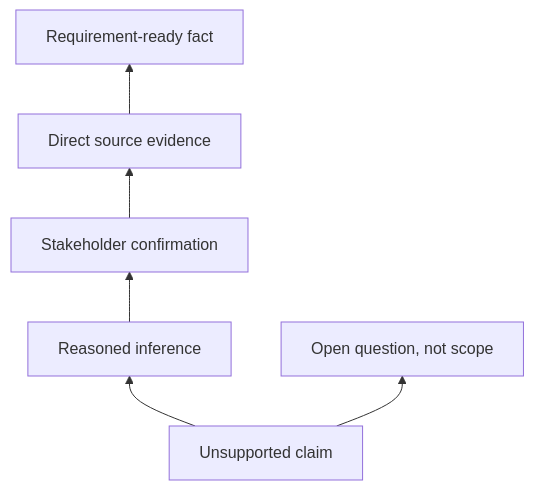
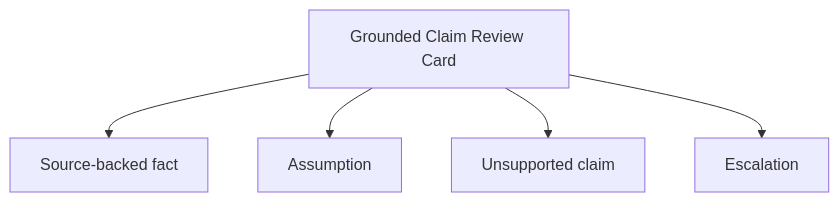
One commit to anhtnt90dev/ai-for-ba changed the second of 2 diagrams in docs/en/lessons/hallucination-and-source-grounding/index.md. Above: the diagram before and after it, drawn with Mermaid. The commit also changed other lines of this file and 40 other files, not shown here.

````diff
--- a/docs/en/lessons/hallucination-and-source-grounding/index.md
+++ b/docs/en/lessons/hallucination-and-source-grounding/index.md
@@ -68,8 +168,8 @@
 ```mermaid
-flowchart BT
-    A["Unsupported claim"] --> B["Reasoned inference"]
-    B --> C["Stakeholder confirmation"]
-    C --> D["Direct source evidence"]
-    D --> E["Requirement-ready fact"]
-    A --> F["Open question, not scope"]
+flowchart TD
+    A["Grounded Claim Review Card"]
+    A --> B["Source-backed fact"]
+    A --> C["Assumption"]
+    A --> D["Unsupported claim"]
+    A --> E["Escalation"]
 ```
````
